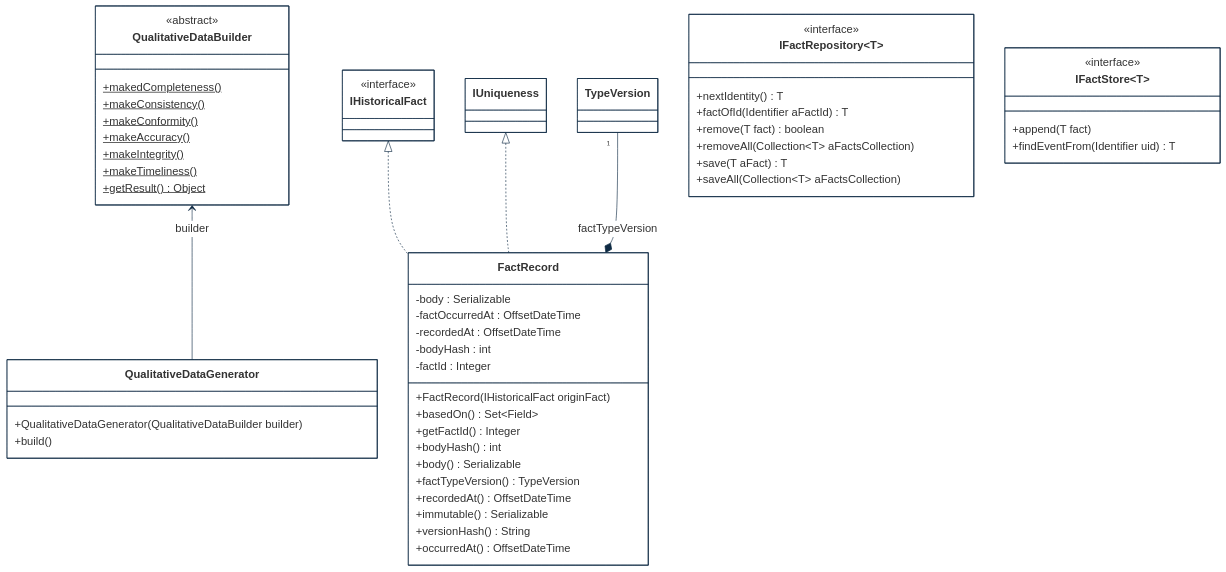
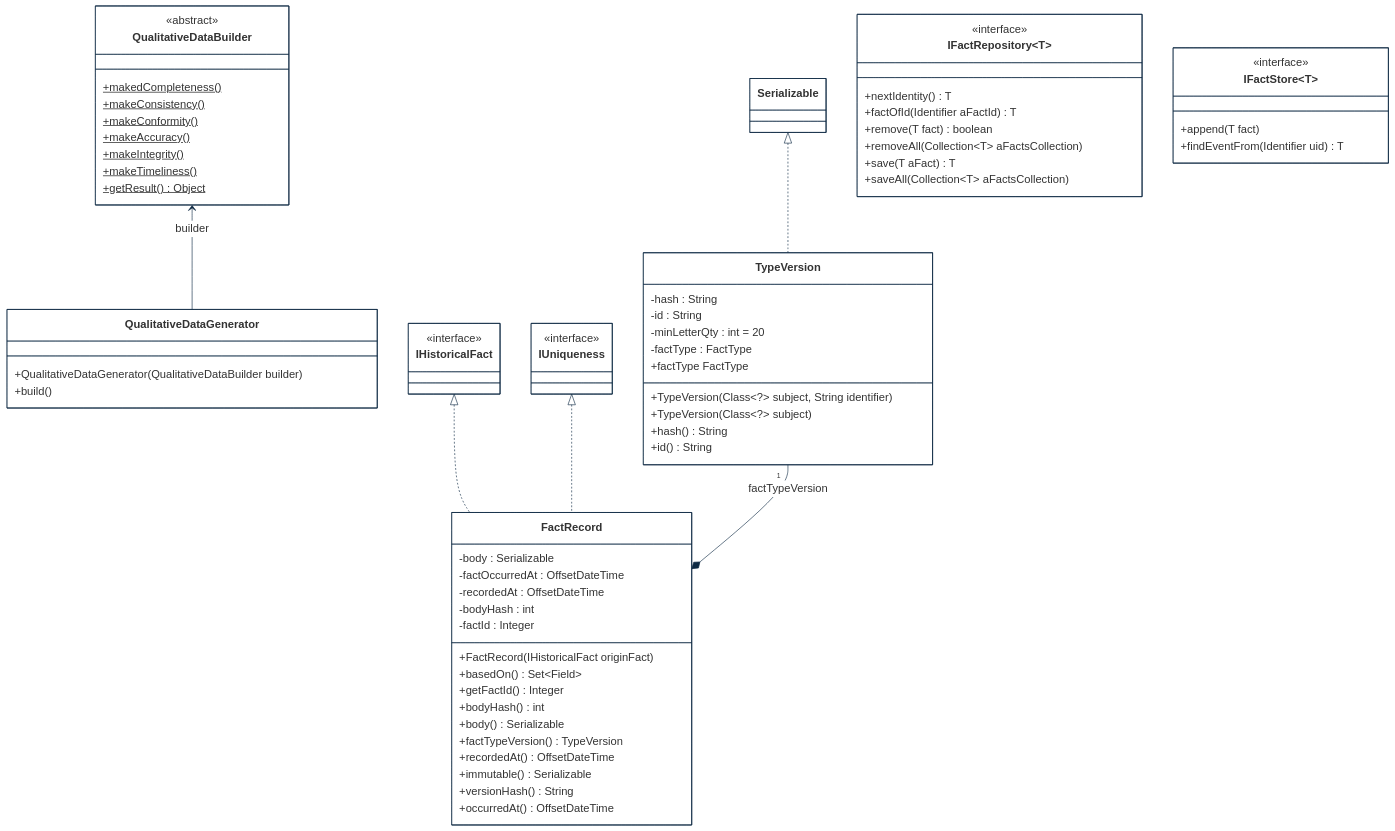
Before and after one commit to cybnity/foundation: the second of 4 diagrams in implementations-line/framework/immutable/designview-packages.md, drawn with Mermaid. The commit also changed other lines of this file, not shown here.

```diff
--- a/implementations-line/framework/immutable/designview-packages.md
+++ b/implementations-line/framework/immutable/designview-packages.md
@@ -113,8 +122,23 @@
     IHistoricalFact <|.. FactRecord
     IUniqueness <|.. FactRecord
     TypeVersion "1" --* FactRecord : factTypeVersion
+    Serializable <|.. TypeVersion
 
     class IHistoricalFact {
+        <<interface>>
+    }
+    class TypeVersion {
+        -hash : String
+        -id : String
+        -minLetterQty : int = 20
+        -factType : FactType
+        +TypeVersion(Class~?~ subject, String identifier)
+        +TypeVersion(Class~?~ subject)
+        +factType FactType
+        +hash() String
+        +id() String
+    }
+    class IUniqueness {
         <<interface>>
     }
     class FactRecord {
```
